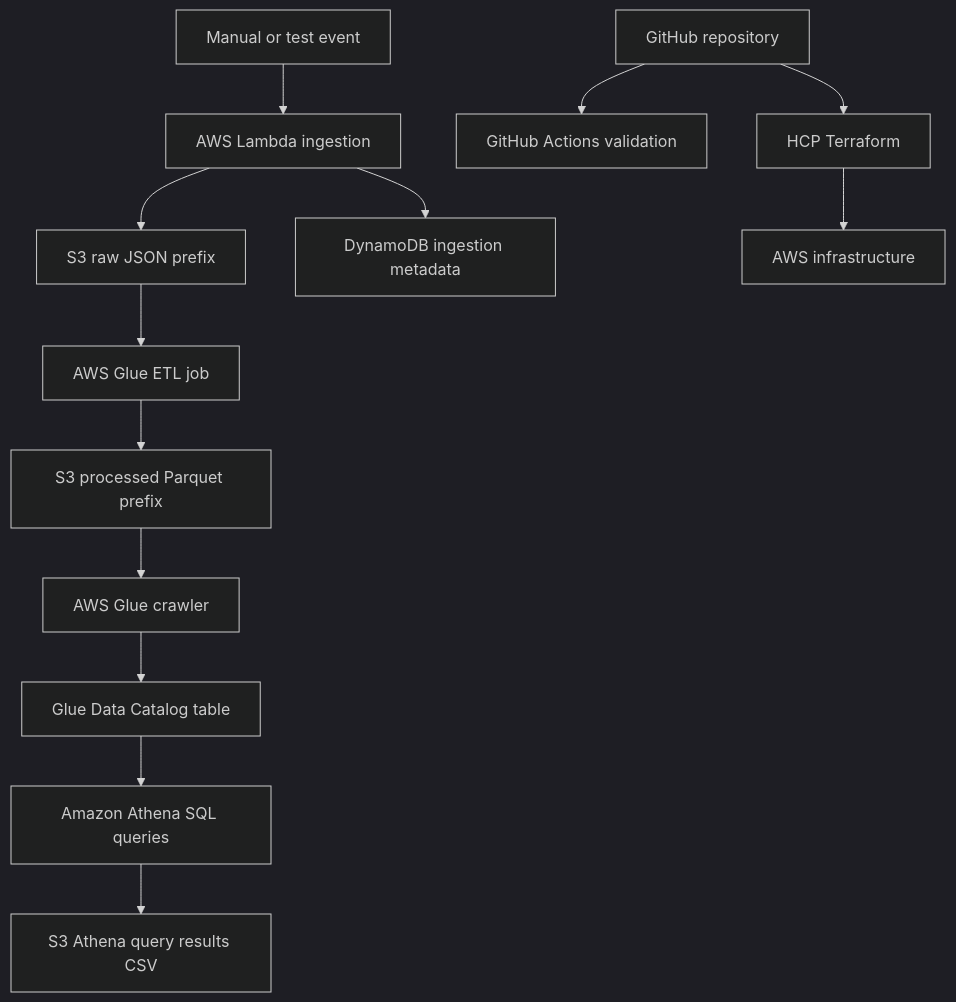
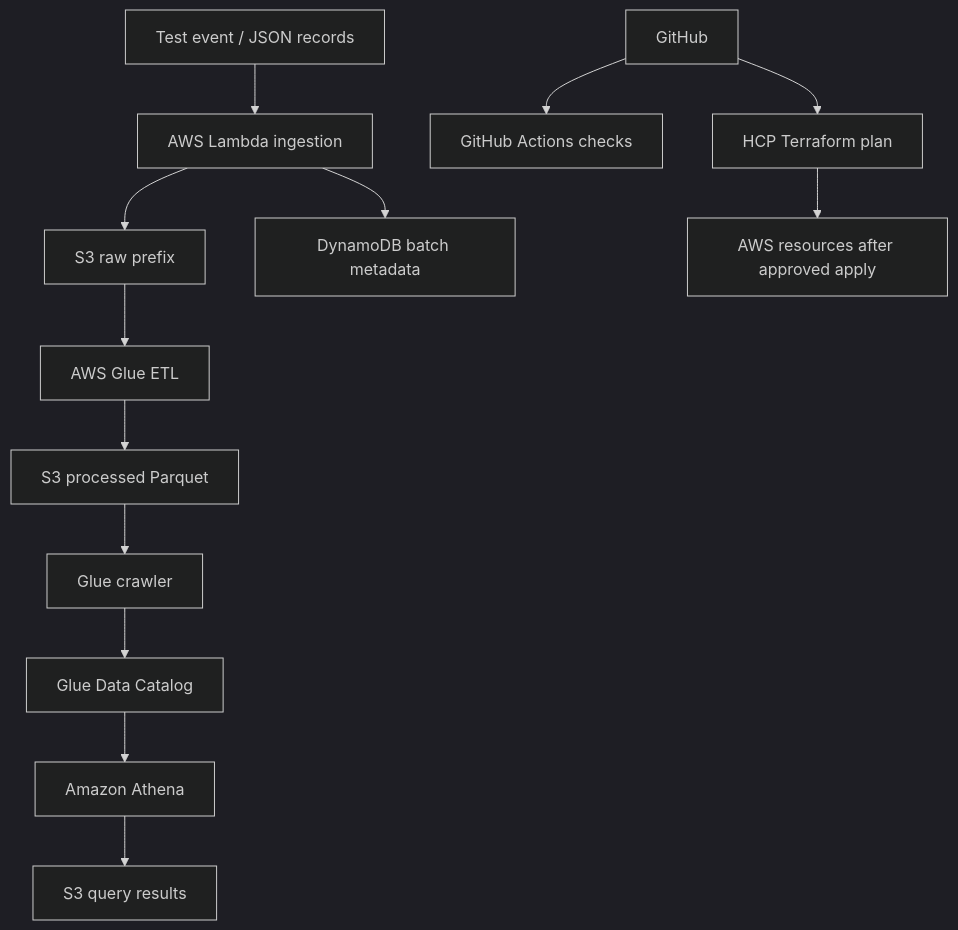
One commit to Sudha-Verma-Adastra/aws-production-data-platform changed the diagram in README.md. Above: the diagram before and after it, drawn with Mermaid (dark theme). The commit also changed other lines of this file and 1 other file, not shown here.

````diff
--- a/README.md
+++ b/README.md
@@ -51,15 +38,15 @@
 ``` mermaid
 flowchart TD
-    A[Manual or test event] --> B[AWS Lambda ingestion]
-    B --> C[S3 raw JSON prefix]
-    B --> D[DynamoDB ingestion metadata]
-    C --> E[AWS Glue ETL job]
-    E --> F[S3 processed Parquet prefix]
-    F --> G[AWS Glue crawler]
-    G --> H[Glue Data Catalog table]
-    H --> I[Amazon Athena SQL queries]
-    I --> J[S3 Athena query results CSV]
-    T[GitHub repository] --> U[GitHub Actions validation]
-    T --> V[HCP Terraform]
-    V --> W[AWS infrastructure]
+    A[Test event / JSON records] --> B[AWS Lambda ingestion]
+    B --> C[S3 raw prefix]
+    B --> D[DynamoDB batch metadata]
+    C --> E[AWS Glue ETL]
+    E --> F[S3 processed Parquet]
+    F --> G[Glue crawler]
+    G --> H[Glue Data Catalog]
+    H --> I[Amazon Athena]
+    I --> J[S3 query results]
+    K[GitHub] --> L[GitHub Actions checks]
+    K --> M[HCP Terraform plan]
+    M --> N[AWS resources after approved apply]
 ```
````
